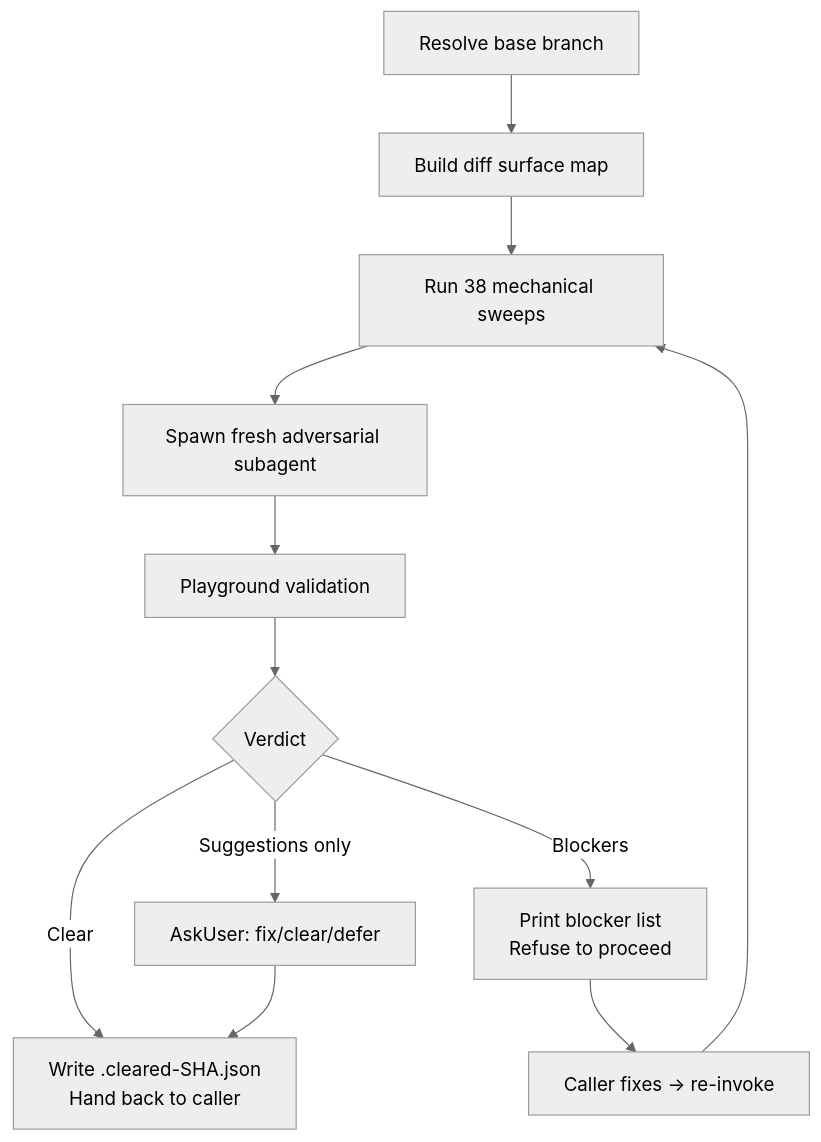
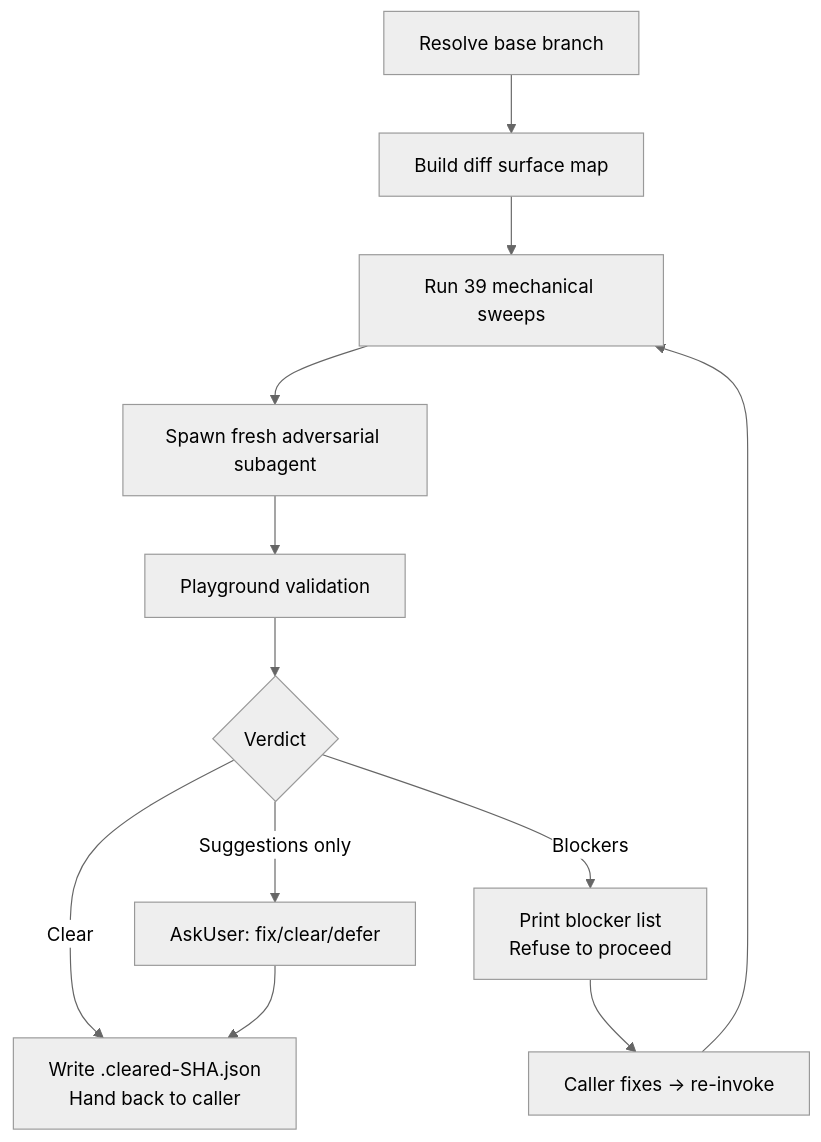
Before and after one commit to whizzzkid/skills: the diagram in skills/adversarial-review/README.md, drawn with Mermaid (neutral theme). The commit also changed other lines of this file and 24 other files, not shown here.

````diff
--- a/skills/adversarial-review/README.md
+++ b/skills/adversarial-review/README.md
@@ -16,14 +16,14 @@
 ```mermaid
 flowchart TD
     A[Resolve base branch] --> B[Build diff surface map]
-    B --> C[Run 38 mechanical sweeps]
+    B --> C[Run 39 mechanical sweeps]
     C --> D[Spawn fresh adversarial subagent]
     D --> E[Playground validation]
     E --> F{Verdict}
     F -->|Clear| G[Write .cleared-SHA.json<br/>Hand back to caller]
     F -->|Blockers| H[Print blocker list<br/>Refuse to proceed]
     F -->|Suggestions only| I[AskUser: fix/clear/defer]
     H --> J[Caller fixes → re-invoke]
     J --> C
     I --> G
 ```
````
